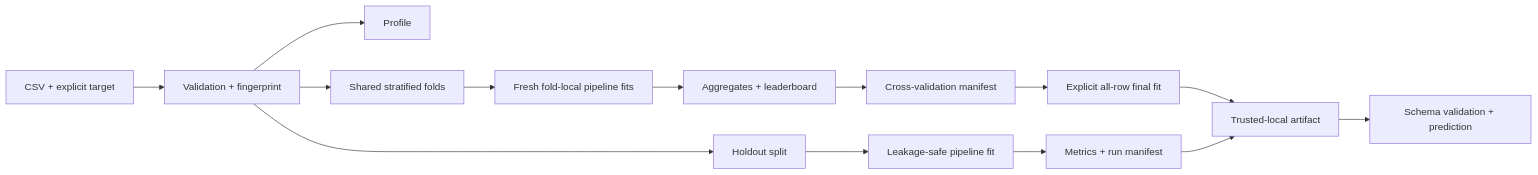
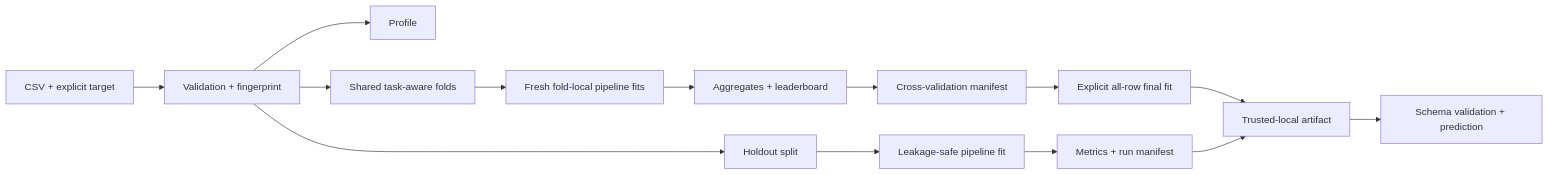
One commit to HivMindAI/mlforge changed the diagram in README.md. Above: the diagram before and after it, drawn with Mermaid. The commit also changed other lines of this file and 58 other files, not shown here.

````diff
--- a/README.md
+++ b/README.md
@@ -147,16 +148,16 @@
 ```mermaid
 flowchart LR
     A["CSV + explicit target"] --> B["Validation + fingerprint"]
     B --> C["Profile"]
     B --> D["Holdout split"]
-    B --> E["Shared stratified folds"]
+    B --> E["Shared task-aware folds"]
     D --> F["Leakage-safe pipeline fit"]
     E --> G["Fresh fold-local pipeline fits"]
     F --> H["Metrics + run manifest"]
     G --> I["Aggregates + leaderboard"]
     I --> J["Cross-validation manifest"]
     J --> M["Explicit all-row final fit"]
     M --> K
     H --> K["Trusted-local artifact"]
     K --> L["Schema validation + prediction"]
 ```
````
